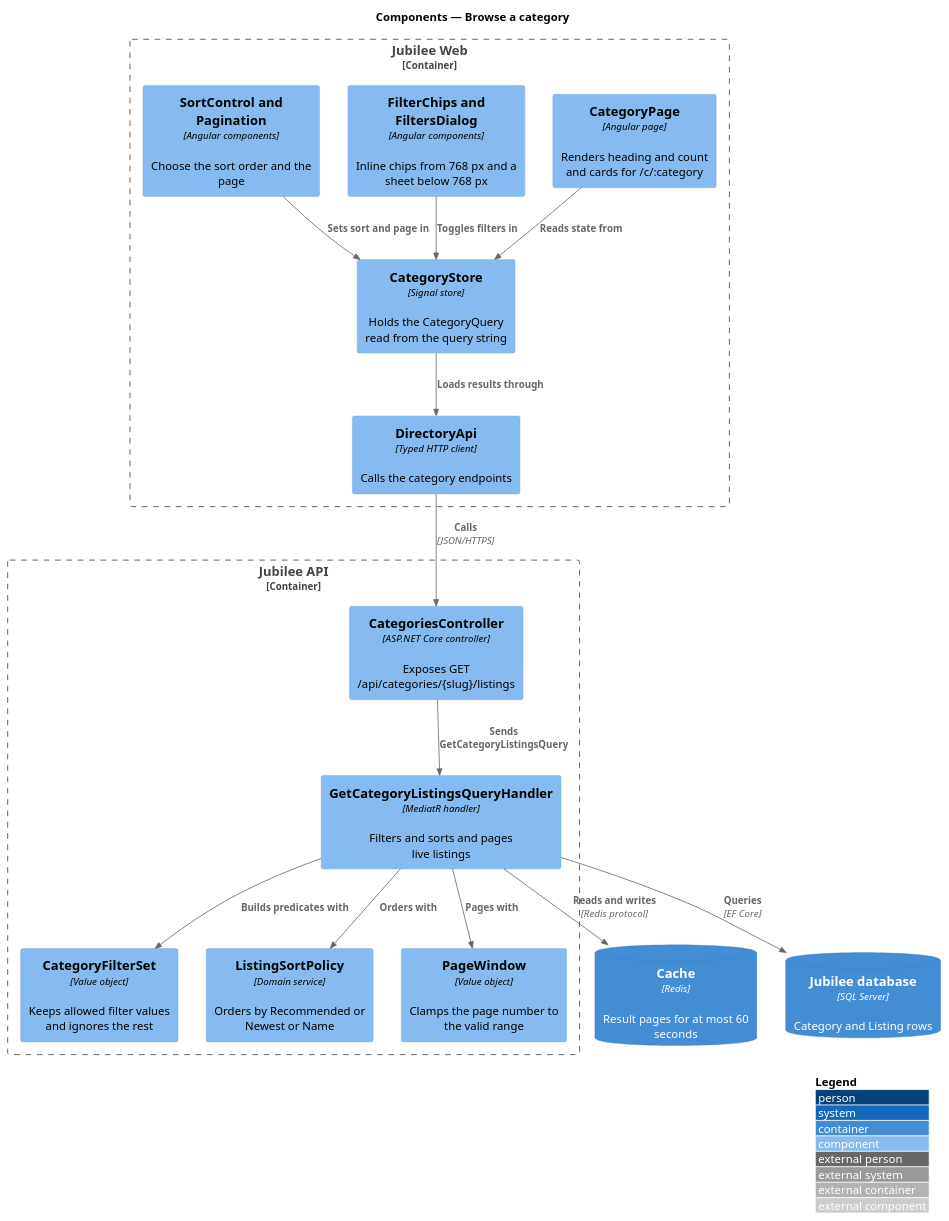
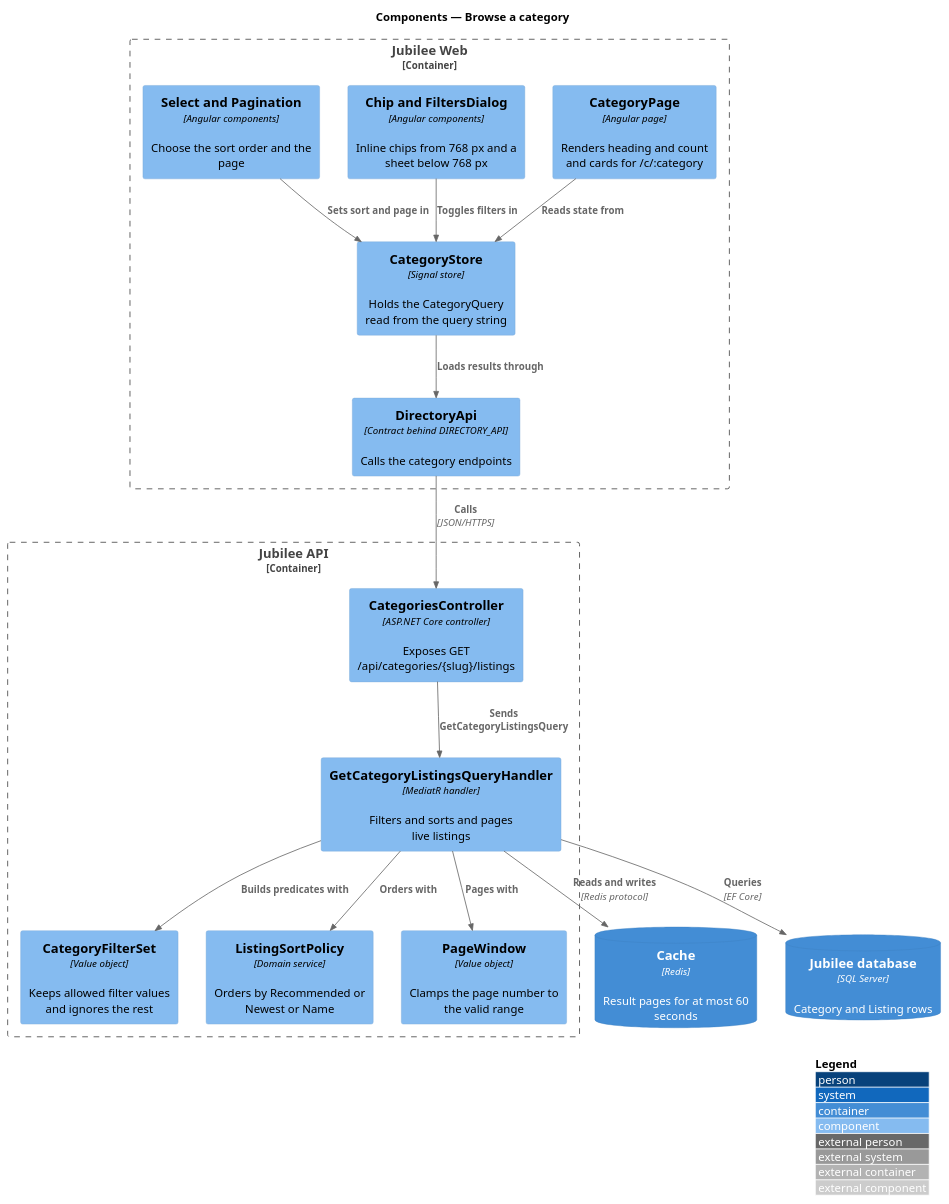
The diagram in docs/detailed-designs/directory/browse-category/diagrams/c4-component.puml (QuinntyneBrown/jubilee), drawn with PlantUML before and after one commit. The commit also changed 25 other files, not shown here.

```diff
--- a/docs/detailed-designs/directory/browse-category/diagrams/c4-component.puml
+++ b/docs/detailed-designs/directory/browse-category/diagrams/c4-component.puml
@@ -1,34 +1,34 @@
 @startuml
 !include <C4/C4_Component>
 LAYOUT_WITH_LEGEND()
 title Components — Browse a category
 
 Container_Boundary(web, "Jubilee Web") {
   Component(page, "CategoryPage", "Angular page", "Renders heading and count and cards for /c/:category")
-  Component(filters, "FilterChips and FiltersDialog", "Angular components", "Inline chips from 768 px and a sheet below 768 px")
-  Component(pager, "SortControl and Pagination", "Angular components", "Choose the sort order and the page")
+  Component(filters, "Chip and FiltersDialog", "Angular components", "Inline chips from 768 px and a sheet below 768 px")
+  Component(pager, "Select and Pagination", "Angular components", "Choose the sort order and the page")
   Component(store, "CategoryStore", "Signal store", "Holds the CategoryQuery read from the query string")
-  Component(client, "DirectoryApi", "Typed HTTP client", "Calls the category endpoints")
+  Component(client, "DirectoryApi", "Contract behind DIRECTORY_API", "Calls the category endpoints")
 }
 Container_Boundary(api, "Jubilee API") {
   Component(ctrl, "CategoriesController", "ASP.NET Core controller", "Exposes GET /api/categories/{slug}/listings")
   Component(handler, "GetCategoryListingsQueryHandler", "MediatR handler", "Filters and sorts and pages live listings")
   Component(filterset, "CategoryFilterSet", "Value object", "Keeps allowed filter values and ignores the rest")
   Component(sort, "ListingSortPolicy", "Domain service", "Orders by Recommended or Newest or Name")
   Component(window, "PageWindow", "Value object", "Clamps the page number to the valid range")
 }
 ContainerDb(cache, "Cache", "Redis", "Result pages for at most 60 seconds")
 ContainerDb(db, "Jubilee database", "SQL Server", "Category and Listing rows")
 
 Rel(page, store, "Reads state from")
 Rel(filters, store, "Toggles filters in")
 Rel(pager, store, "Sets sort and page in")
 Rel(store, client, "Loads results through")
 Rel(client, ctrl, "Calls", "JSON/HTTPS")
 Rel(ctrl, handler, "Sends GetCategoryListingsQuery")
 Rel(handler, filterset, "Builds predicates with")
 Rel(handler, sort, "Orders with")
 Rel(handler, window, "Pages with")
 Rel(handler, cache, "Reads and writes", "Redis protocol")
 Rel(handler, db, "Queries", "EF Core")
 @enduml
```
